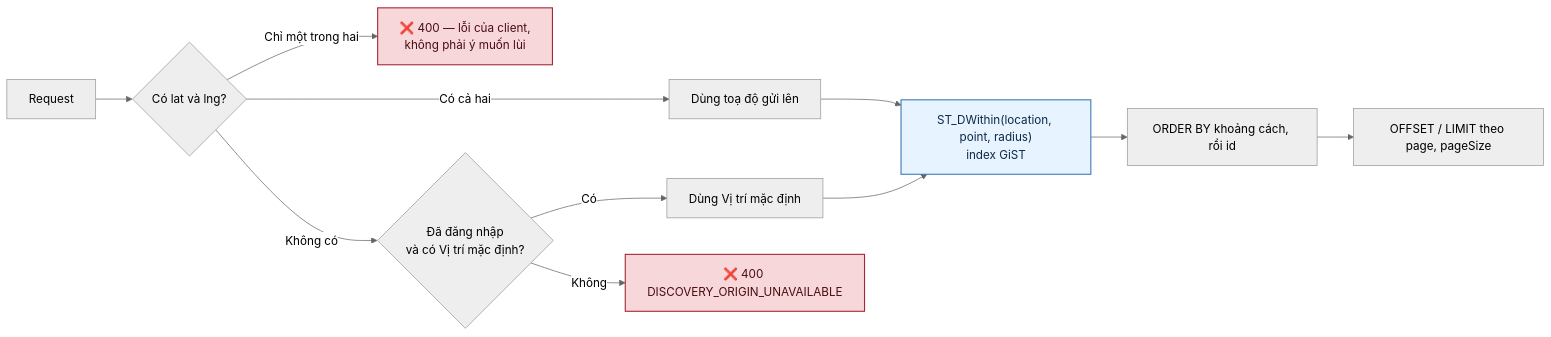
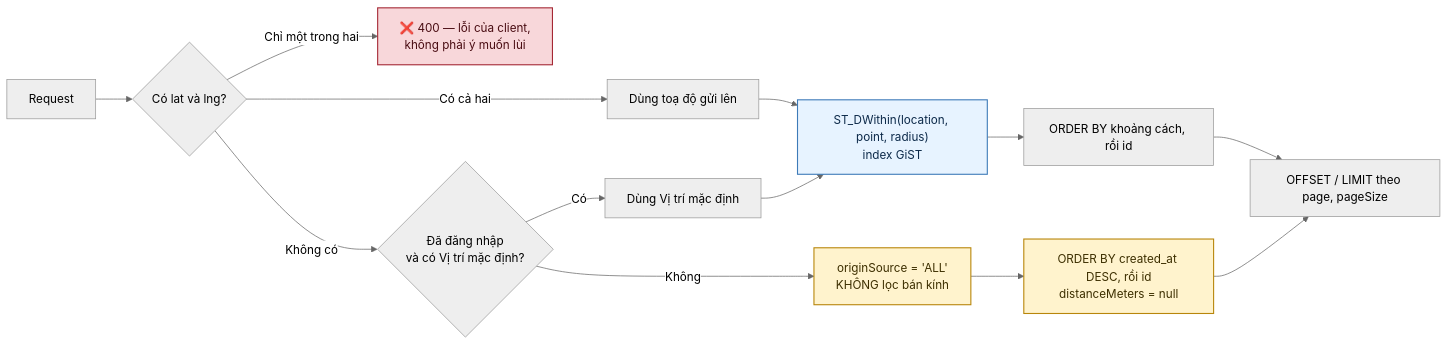
One commit to fdshn/trueheart changed the second of 6 diagrams in docs/diagram/05-feed.md. Above: the diagram before and after it, drawn with Mermaid (neutral theme). The commit also changed 12 other files, not shown here.

````diff
--- a/docs/diagram/05-feed.md
+++ b/docs/diagram/05-feed.md
@@ -32,17 +32,20 @@
 ```mermaid
 flowchart LR
     A[Request] --> B{Có lat và lng?}
     B -->|Có cả hai| F[Dùng toạ độ gửi lên]
     B -->|Chỉ một trong hai| X["❌ 400 — lỗi của client,<br/>không phải ý muốn lùi"]
     B -->|Không có| C{Đã đăng nhập<br/>và có Vị trí mặc định?}
     C -->|Có| D[Dùng Vị trí mặc định]
-    C -->|Không| Y["❌ 400 DISCOVERY_ORIGIN_UNAVAILABLE"]
+    C -->|Không| Y["originSource = 'ALL'<br/>KHÔNG lọc bán kính"]
     F --> G["ST_DWithin(location, point, radius)<br/>index GiST"]
     D --> G
     G --> H["ORDER BY khoảng cách, rồi id"]
+    Y --> Z["ORDER BY created_at DESC, rồi id<br/>distanceMeters = null"]
     H --> I["OFFSET / LIMIT theo page, pageSize"]
+    Z --> I
 
     style G fill:#e7f3ff,stroke:#3d7ab8,stroke-width:1.5px,color:#0d2a4a
     style X fill:#f8d7da,stroke:#a52834,stroke-width:1.5px,color:#4a0d13
-    style Y fill:#f8d7da,stroke:#a52834,stroke-width:1.5px,color:#4a0d13
+    style Y fill:#fff3cd,stroke:#b8860b,stroke-width:1.5px,color:#3d2f00
+    style Z fill:#fff3cd,stroke:#b8860b,stroke-width:1.5px,color:#3d2f00
 ```
````
